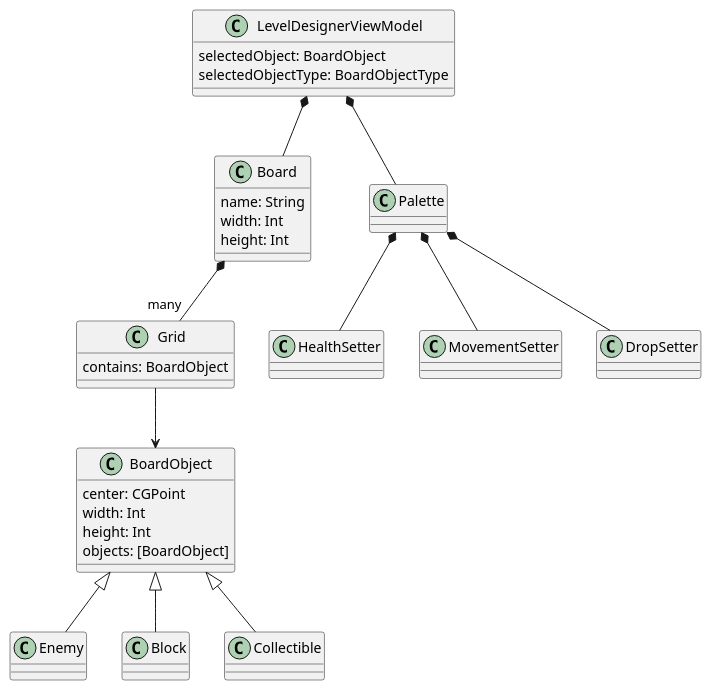
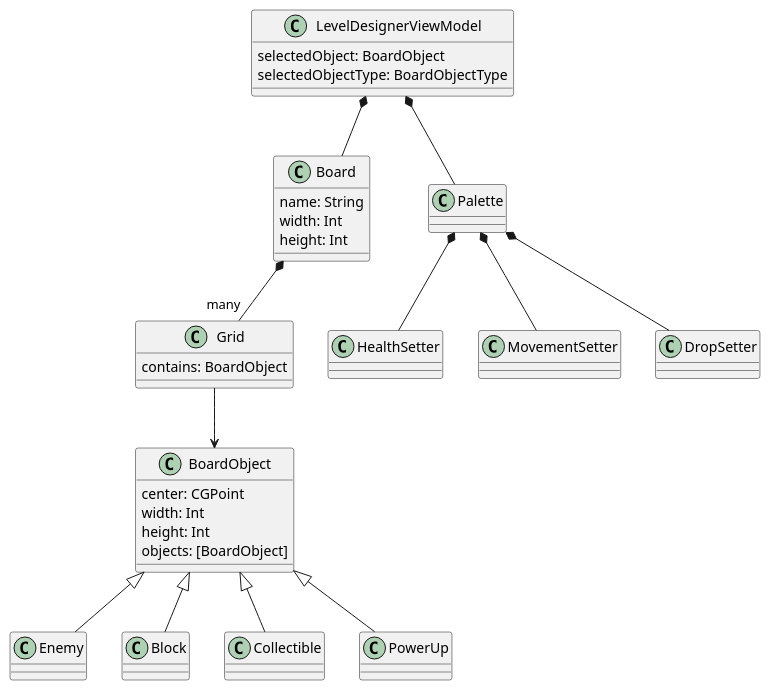
Before and after one commit to JCSnap/cs3217-sample-architecture: the diagram in plantuml/level-designer.puml, drawn with PlantUML. The commit also changed 5 other files, not shown here.

```diff
--- a/plantuml/level-designer.puml
+++ b/plantuml/level-designer.puml
@@ -1,52 +1,55 @@
 @startuml
 class LevelDesignerViewModel {
     selectedObject: BoardObject
     selectedObjectType: BoardObjectType
 }
 
 class Enemy extends BoardObject {
 }
 
 class Block extends BoardObject {
 }
 
 class Collectible extends BoardObject {
+}
+
+class PowerUp extends BoardObject {
 }
 
 class Grid {
     contains: BoardObject
 }
 
 class Board {
     name: String
     width: Int
     height: Int
 }
 
 class Palette {
 }
 
 class HealthSetter {
 }
 
 class MovementSetter {
 }
 
 class DropSetter {
 }
 
 class BoardObject {
     center: CGPoint
     width: Int
     height: Int
     objects: [BoardObject]
 }
 
 Board *-- "many" Grid
 Grid --> BoardObject
 Palette *-- HealthSetter
 Palette *-- MovementSetter
 Palette *-- DropSetter
 LevelDesignerViewModel *-- Board
 LevelDesignerViewModel *-- Palette
 @enduml
```
